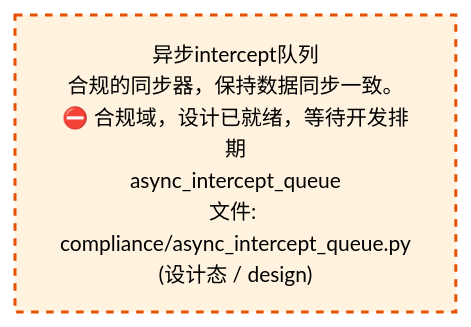
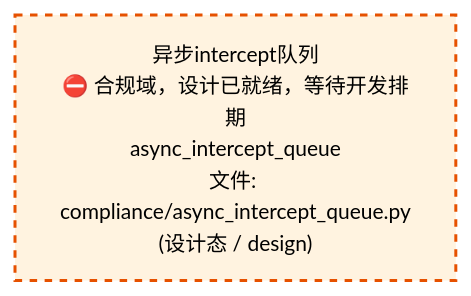
The third of 4 diagrams in docs/02_enterprise_architecture/02_domain_architecture_docs/38_d_compliance.md (xuanFelixVan/ZephyrAlpha), drawn with Mermaid before and after one commit. The commit also changed other lines of this file and 56 other files, not shown here.

````diff
--- a/docs/02_enterprise_architecture/02_domain_architecture_docs/38_d_compliance.md
+++ b/docs/02_enterprise_architecture/02_domain_architecture_docs/38_d_compliance.md
@@ -109,10 +109,10 @@
 ```mermaid
 %%{init: {'theme': 'base', 'themeVariables': {'primaryColor': '#eaeaea', 'primaryTextColor': '#333333', 'primaryBorderColor': '#666666', 'lineColor': '#666666', 'secondaryColor': '#eaeaea', 'tertiaryColor': '#eaeaea', 'fontSize': '14px'}}}%%
 flowchart TD
-    src_zephyr_compliance_async_intercept_queue_py["异步intercept队列<br/>合规的同步器，保持数据同步一致。<br/>⛔ 合规域，设计已就绪，等待开发排期<br/>async_intercept_queue<br/>文件: compliance/async_intercept_queue.py<br/>(设计态 / design)"]
+    src_zephyr_compliance_async_intercept_queue_py["异步intercept队列<br/>⛔ 合规域，设计已就绪，等待开发排期<br/>async_intercept_queue<br/>文件: compliance/async_intercept_queue.py<br/>(设计态 / design)"]
     classDef production fill:#e1f5fe,stroke:#01579b,stroke-width:2px,color:#000
     classDef design fill:#fff3e0,stroke:#e65100,stroke-width:2px,color:#000,stroke-dasharray: 5 5
     classDef external_prod fill:#e8f4fd,stroke:#0277bd,stroke-width:1px,color:#000
     classDef external_design fill:#fff8e7,stroke:#ef6c00,stroke-width:1px,color:#000,stroke-dasharray: 5 5
     class src_zephyr_compliance_async_intercept_queue_py design
 ```
````
